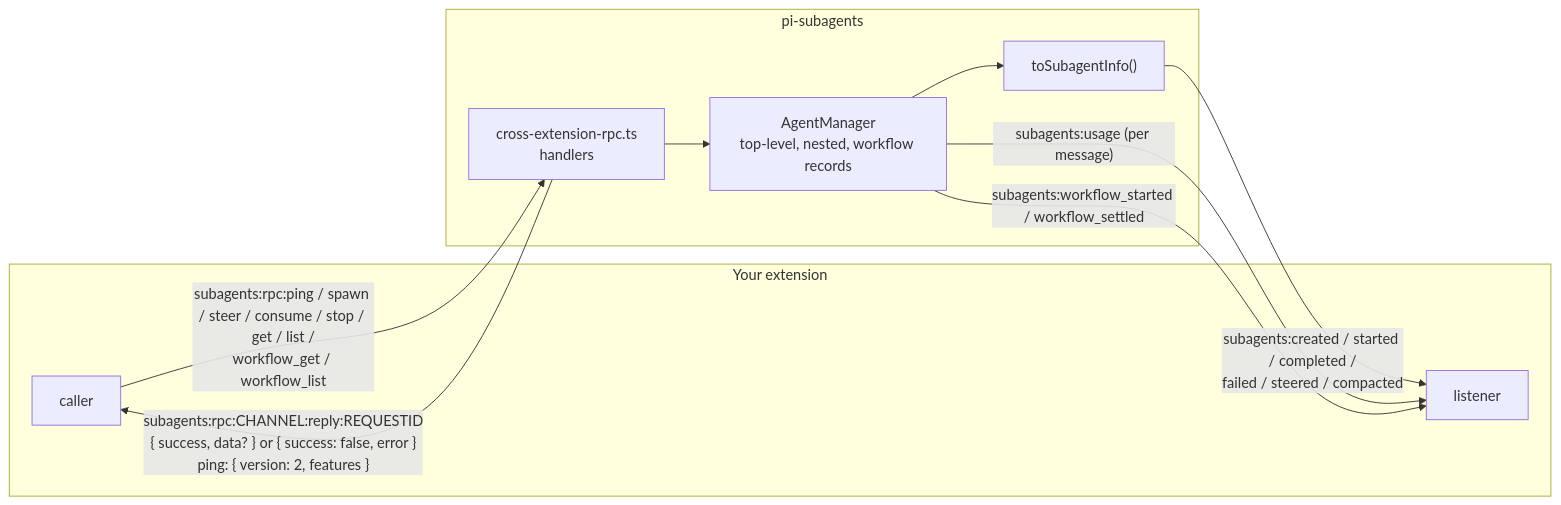
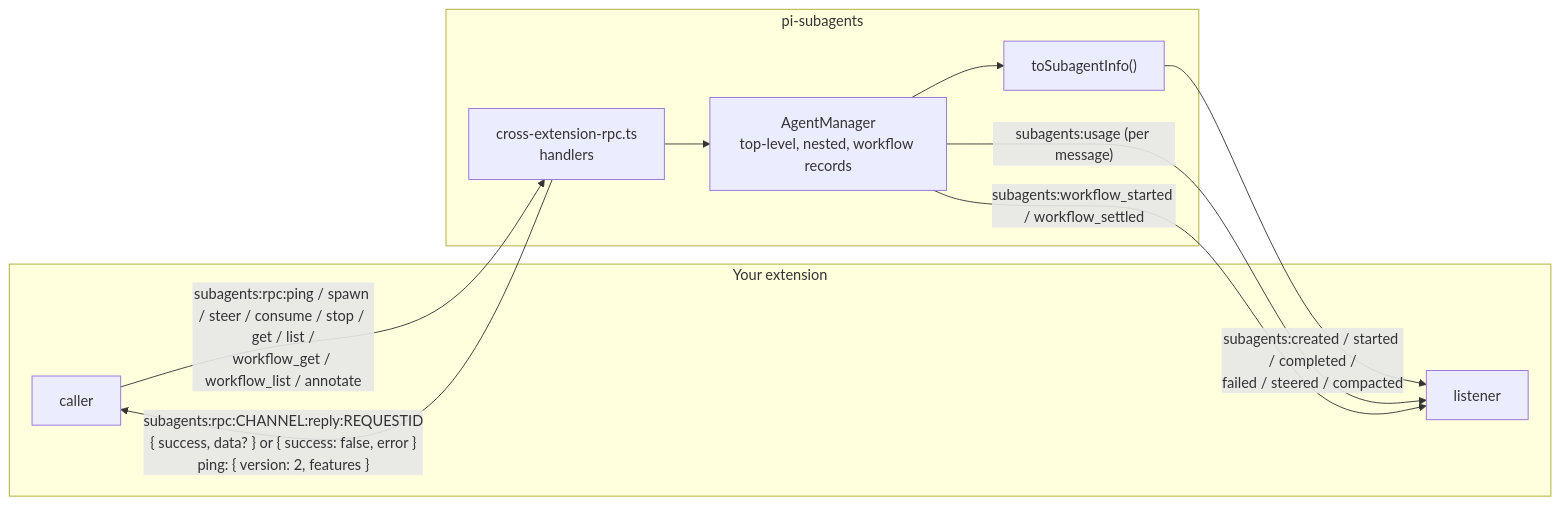
One commit to tintinweb/pi-subagents changed the first of 6 diagrams in docs/rpc.md. Above: the diagram before and after it, drawn with Mermaid. The commit also changed other lines of this file and 16 other files, not shown here.

First line of the commit message:
feat(ui): keyed display-only row annotations over subagents:rpc:annotate

````diff
--- a/docs/rpc.md
+++ b/docs/rpc.md
@@ -13,19 +13,19 @@
 ```mermaid
 flowchart LR
   subgraph you["Your extension"]
     L["listener"]
     C["caller"]
   end
   subgraph ext["pi-subagents"]
     R["cross-extension-rpc.ts<br/>handlers"]
     M["AgentManager<br/>top-level, nested, workflow records"]
     I["toSubagentInfo()"]
   end
-  C -- "subagents:rpc:ping / spawn / steer / consume / stop / get / list /<br/>workflow_get / workflow_list" --> R
+  C -- "subagents:rpc:ping / spawn / steer / consume / stop / get / list /<br/>workflow_get / workflow_list / annotate" --> R
   R -- "subagents:rpc:CHANNEL:reply:REQUESTID<br/>{ success, data? } or { success: false, error }<br/>ping: { version: 2, features }" --> C
   R --> M
   M --> I
   I -- "subagents:created / started / completed /<br/>failed / steered / compacted" --> L
   M -- "subagents:usage (per message)" --> L
   M -- "subagents:workflow_started / workflow_settled" --> L
 ```
````
